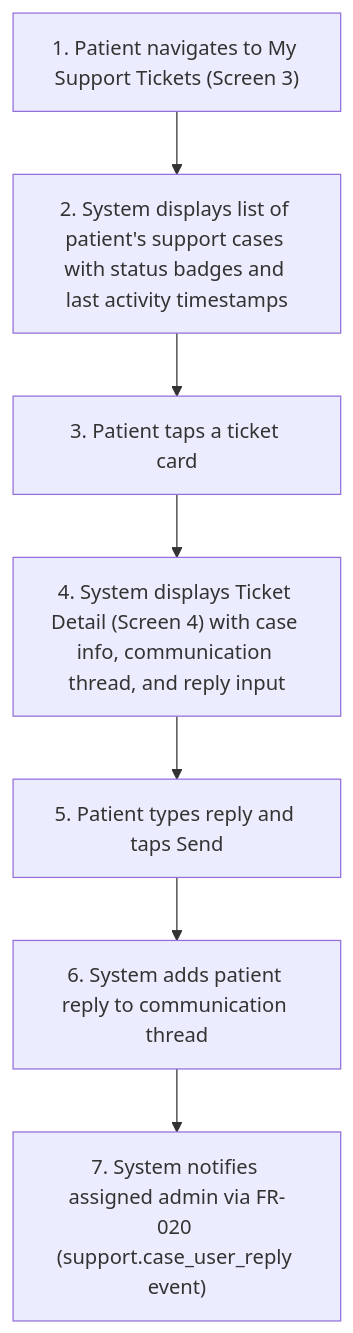
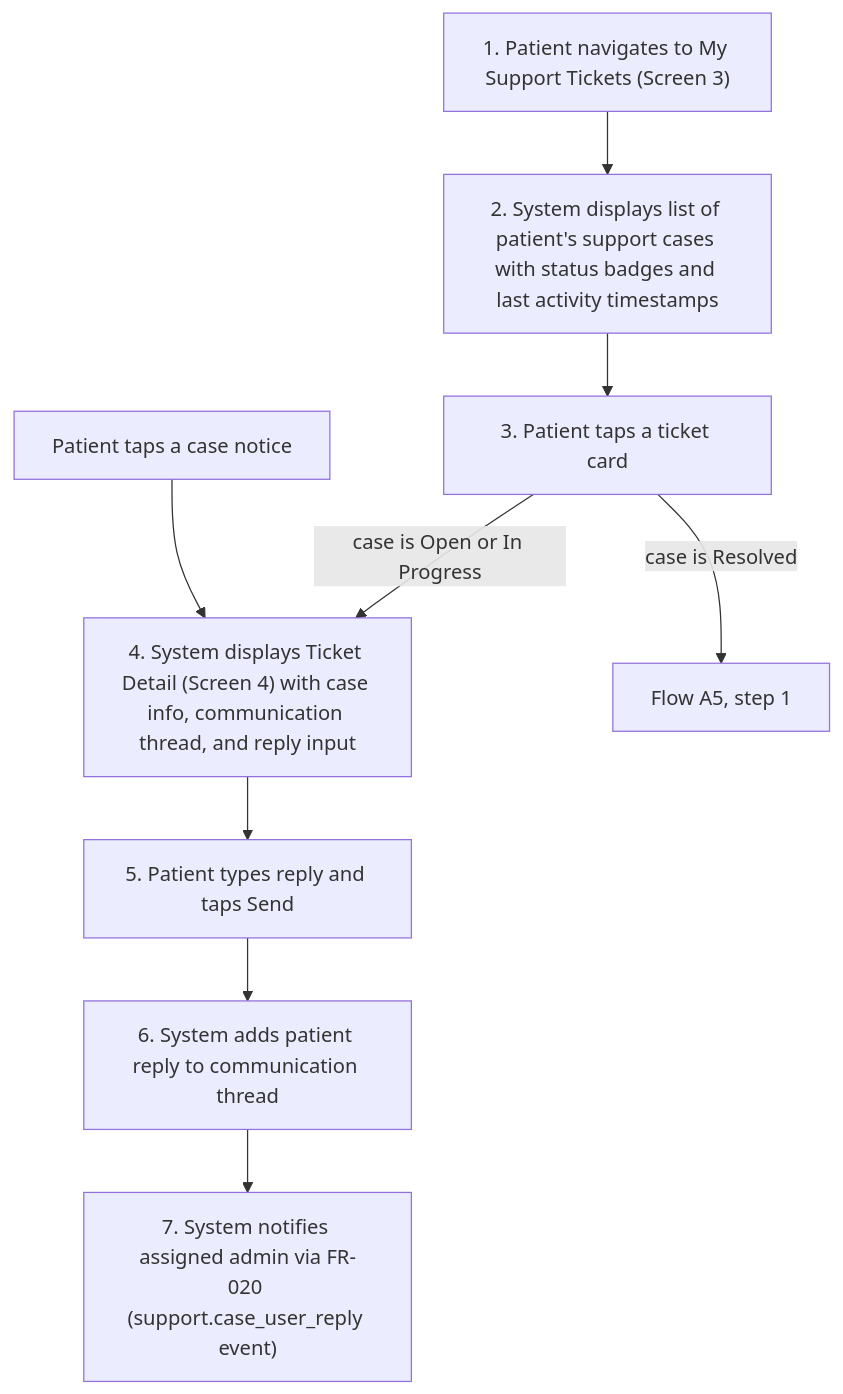
Before and after one commit to joachimtrungtuan/hairline-pm-docs: the fifth of 10 diagrams in project-requirements/functional-requirements/fr035-patient-help-support/prd.md, drawn with Mermaid. The commit also changed other lines of this file and 5 other files, not shown here.

Commit message:
docs(fr035): apply logic review pass 2 fixes to PRD and graph

````diff
--- a/project-requirements/functional-requirements/fr035-patient-help-support/prd.md
+++ b/project-requirements/functional-requirements/fr035-patient-help-support/prd.md
@@ -174,9 +174,11 @@
 ```mermaid
 flowchart TD
     A4S1["1. Patient navigates to My Support Tickets (Screen 3)"] --> A4S2["2. System displays list of patient's support cases with status badges and last activity timestamps"]
     A4S2 --> A4S3["3. Patient taps a ticket card"]
-    A4S3 --> A4S4["4. System displays Ticket Detail (Screen 4) with case info, communication thread, and reply input"]
+    A4S3 -->|case is Open or In Progress| A4S4["4. System displays Ticket Detail (Screen 4) with case info, communication thread, and reply input"]
+    A4S3 -->|case is Resolved| A5S1ref["Flow A5, step 1"]
+    A4N["Patient taps a case notice"] --> A4S4
     A4S4 --> A4S5["5. Patient types reply and taps Send"]
     A4S5 --> A4S6["6. System adds patient reply to communication thread"]
     A4S6 --> A4S7["7. System notifies assigned admin via FR-020 (support.case_user_reply event)"]
 ```
````
